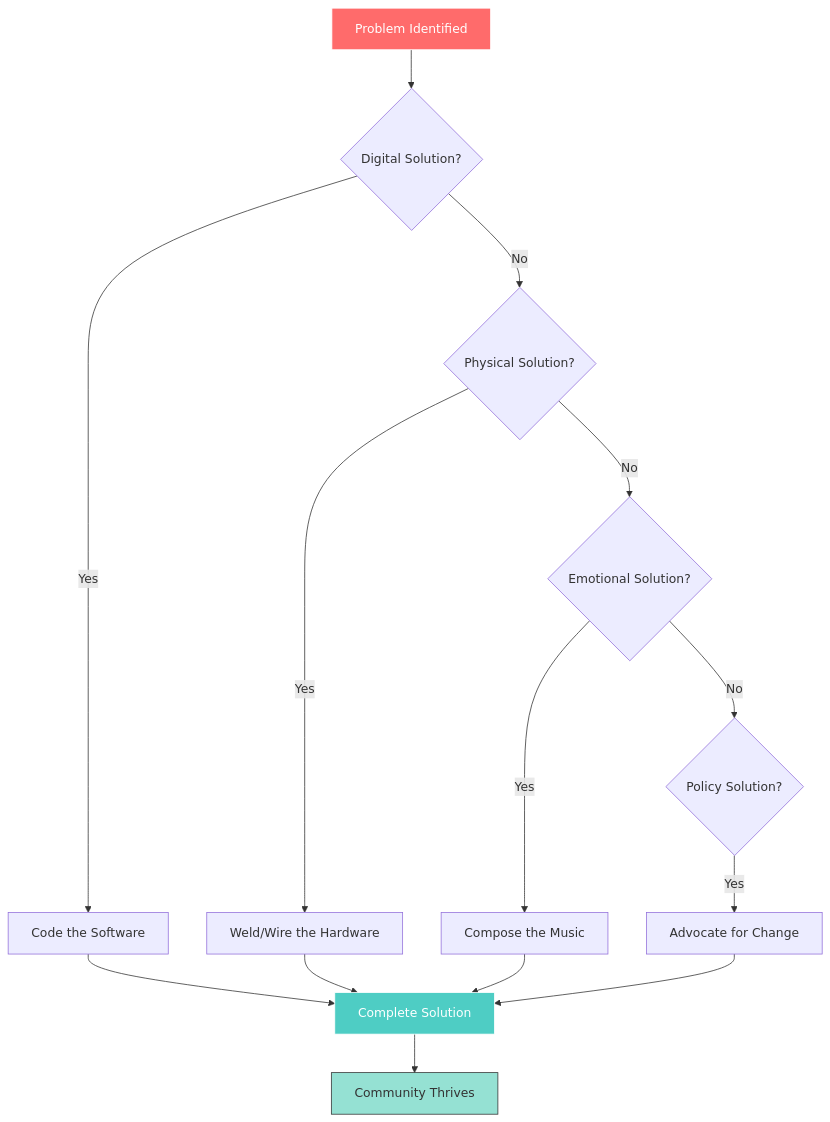
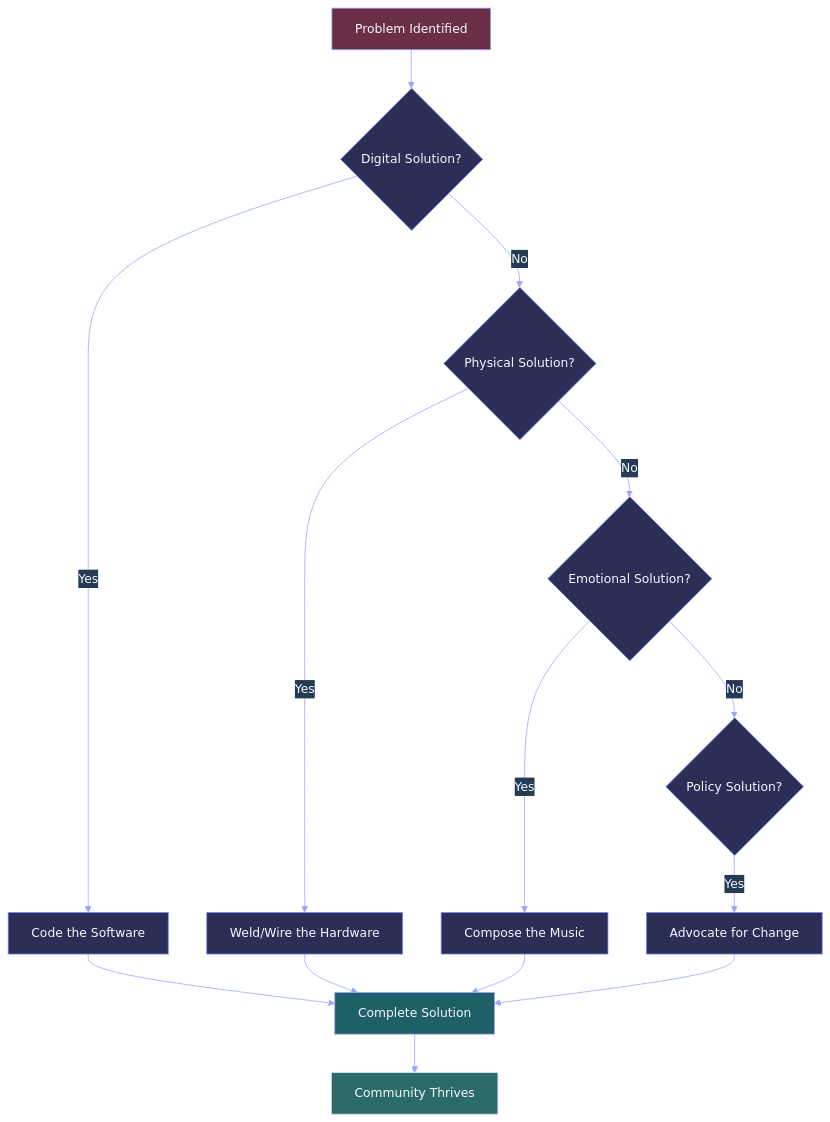
The seventh of 11 diagrams in README.md (Tim-Spurlin/Christian-Kota-Contributions-Snapshot), drawn with Mermaid before and after one commit. The commit also changed other lines of this file, not shown here.

Commit message:
Improve Mermaid diagram contrast across README

````diff
--- a/README.md
+++ b/README.md
@@ -311,22 +316,23 @@
 ```mermaid
+%%{init: {'theme':'base', 'themeVariables': { 'background':'#0f1220', 'primaryColor':'#2b2f55', 'primaryTextColor':'#f5f7ff', 'primaryBorderColor':'#7a86ff', 'lineColor':'#9aa4ff', 'secondaryColor':'#243b53', 'tertiaryColor':'#3f2a56', 'clusterBkg':'#1a1f38', 'clusterBorder':'#7a86ff', 'fontSize':'16px'}}}%%
 graph TB
     A[Problem Identified] --> B{Digital Solution?}
     B -->|Yes| C[Code the Software]
     B -->|No| D{Physical Solution?}
     D -->|Yes| E[Weld/Wire the Hardware]
     D -->|No| F{Emotional Solution?}
     F -->|Yes| G[Compose the Music]
     F -->|No| H{Policy Solution?}
     H -->|Yes| I[Advocate for Change]
     
     C --> J[Complete Solution]
     E --> J
     G --> J
     I --> J
     
     J --> K[Community Thrives]
     
-    style A fill:#FF6B6B,stroke:#fff,color:#fff
-    style J fill:#4ECDC4,stroke:#fff,color:#fff
-    style K fill:#95E1D3,stroke:#333,color:#333
+    style A fill:#6a2e46,stroke:#9aa4ff,color:#f5f7ff
+    style J fill:#1f5f66,stroke:#9aa4ff,color:#f5f7ff
+    style K fill:#2b6c68,stroke:#d8dcff,color:#f5f7ff
 ```
````
